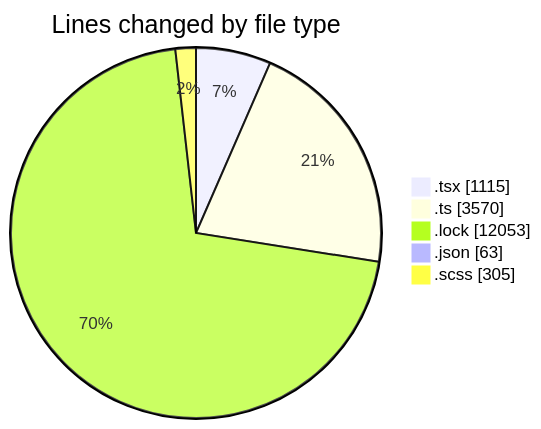
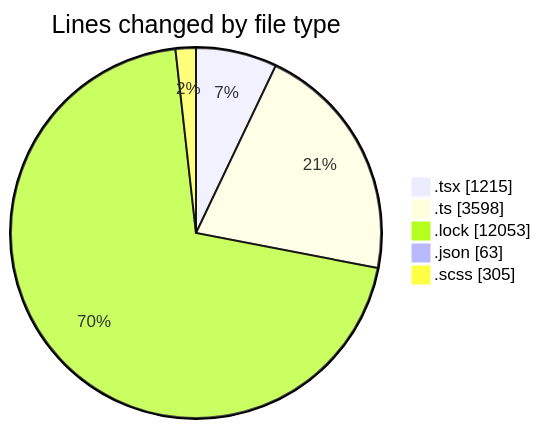
The first of 2 diagrams in 2025-12-03/cda/README.md (momahboobian/code-tracking), drawn with Mermaid before and after one commit. The commit also changed other lines of this file and 1 other file, not shown here.

````diff
--- a/2025-12-03/cda/README.md
+++ b/2025-12-03/cda/README.md
@@ -27,9 +27,9 @@
 ```mermaid
 pie showData
 title Lines changed by file type
-".tsx" : 1115
-".ts" : 3570
+".tsx" : 1215
+".ts" : 3598
 ".lock" : 12053
 ".json" : 63
 ".scss" : 305
 ```
````
